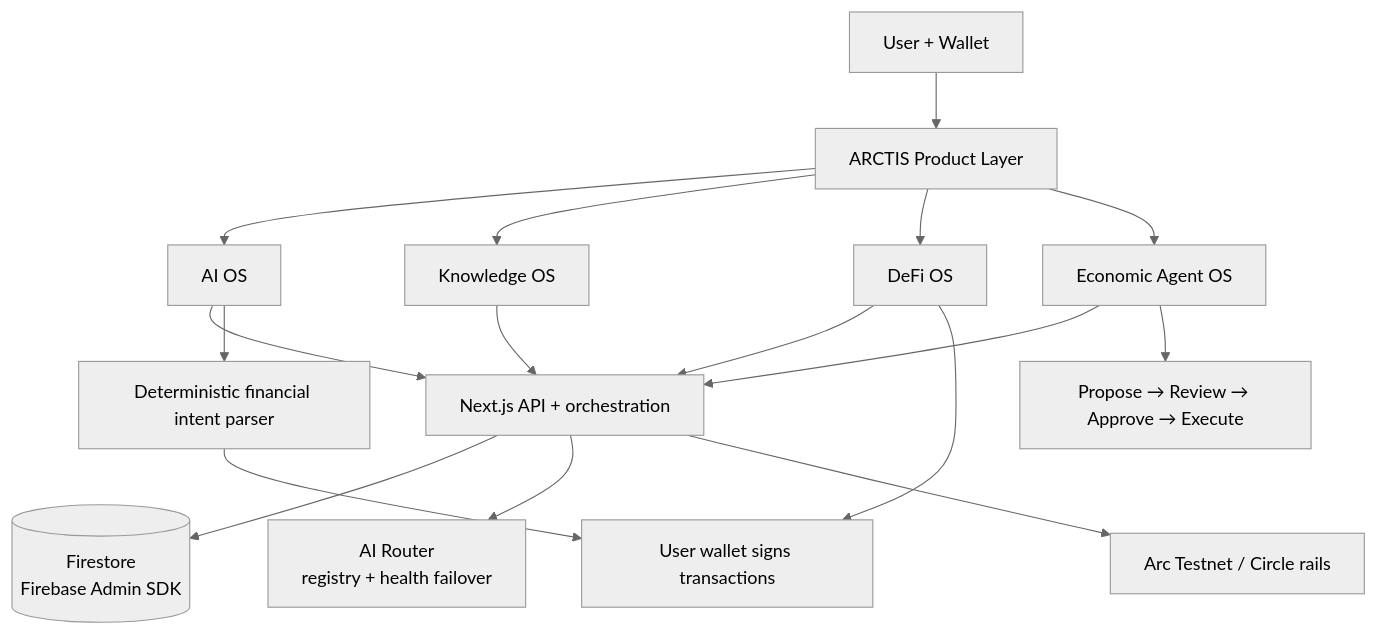
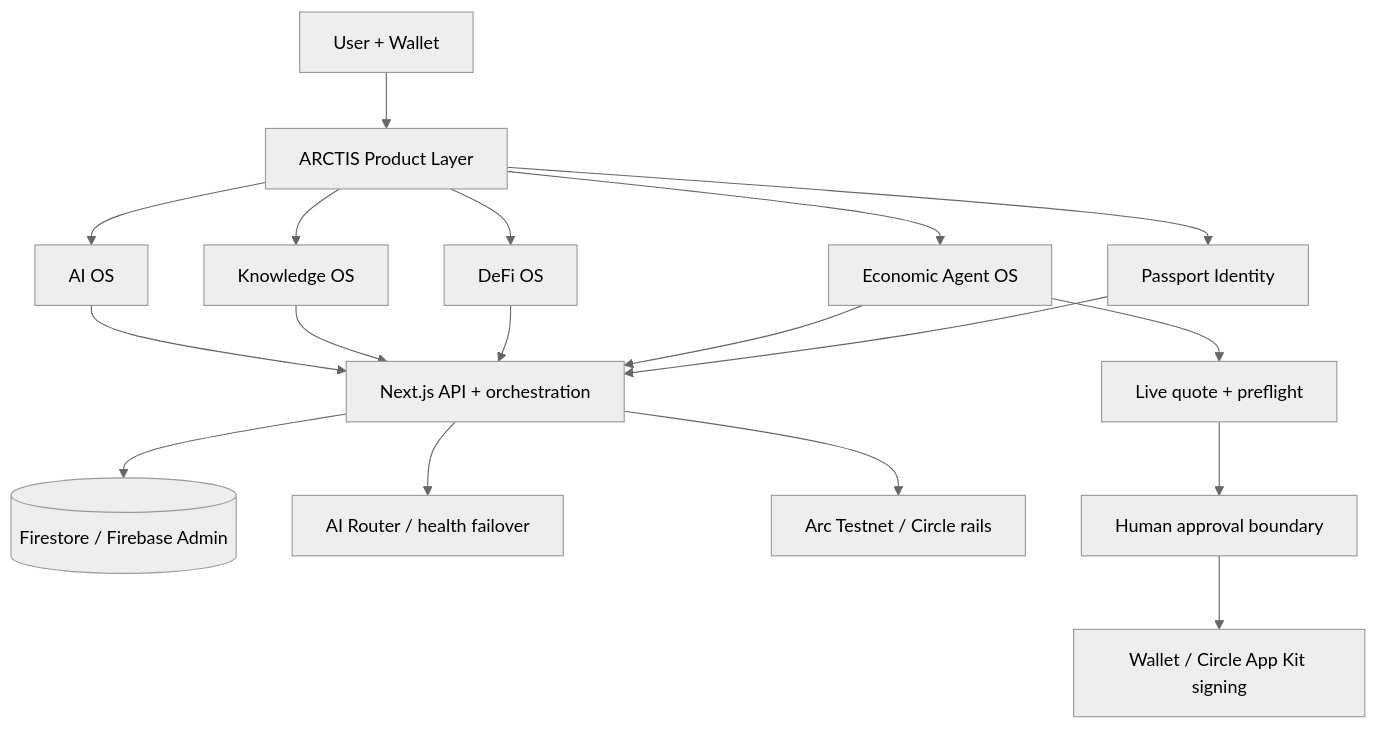
Before and after one commit to pawansatoshi/Arctis: the diagram in README.md, drawn with Mermaid (neutral theme). The commit also changed other lines of this file, not shown here.

````diff
--- a/README.md
+++ b/README.md
@@ -40,22 +95,23 @@
 ```mermaid
 flowchart TB
     U[User + Wallet] --> P[ARCTIS Product Layer]
     P --> AI[AI OS]
     P --> K[Knowledge OS]
     P --> D[DeFi OS]
     P --> A[Economic Agent OS]
+    P --> I[Passport Identity]
 
     AI --> R[Next.js API + orchestration]
     K --> R
     D --> R
     A --> R
+    I --> R
 
-    R --> F[(Firestore\nFirebase Admin SDK)]
-    R --> M[AI Router\nregistry + health failover]
+    R --> F[(Firestore / Firebase Admin)]
+    R --> M[AI Router / health failover]
     R --> C[Arc Testnet / Circle rails]
 
-    D --> W[User wallet signs transactions]
-    A --> G[Propose → Review → Approve → Execute]
-    AI --> I[Deterministic financial intent parser]
-    I --> W
+    A --> Q[Live quote + preflight]
+    Q --> H[Human approval boundary]
+    H --> W[Wallet / Circle App Kit signing]
 ```
````
